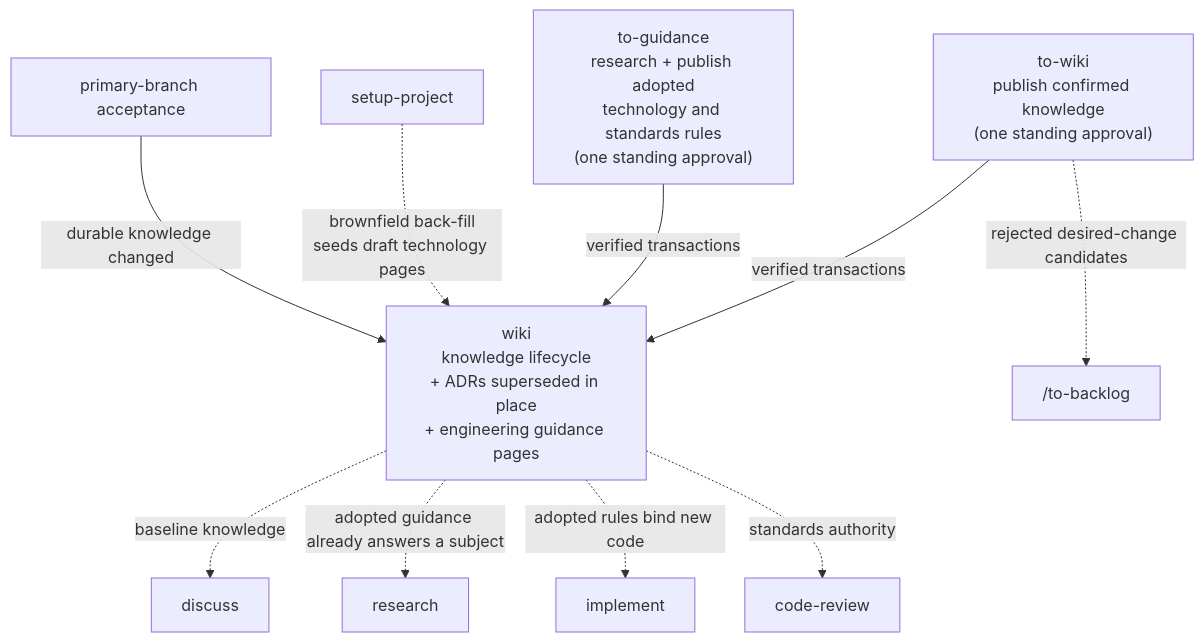
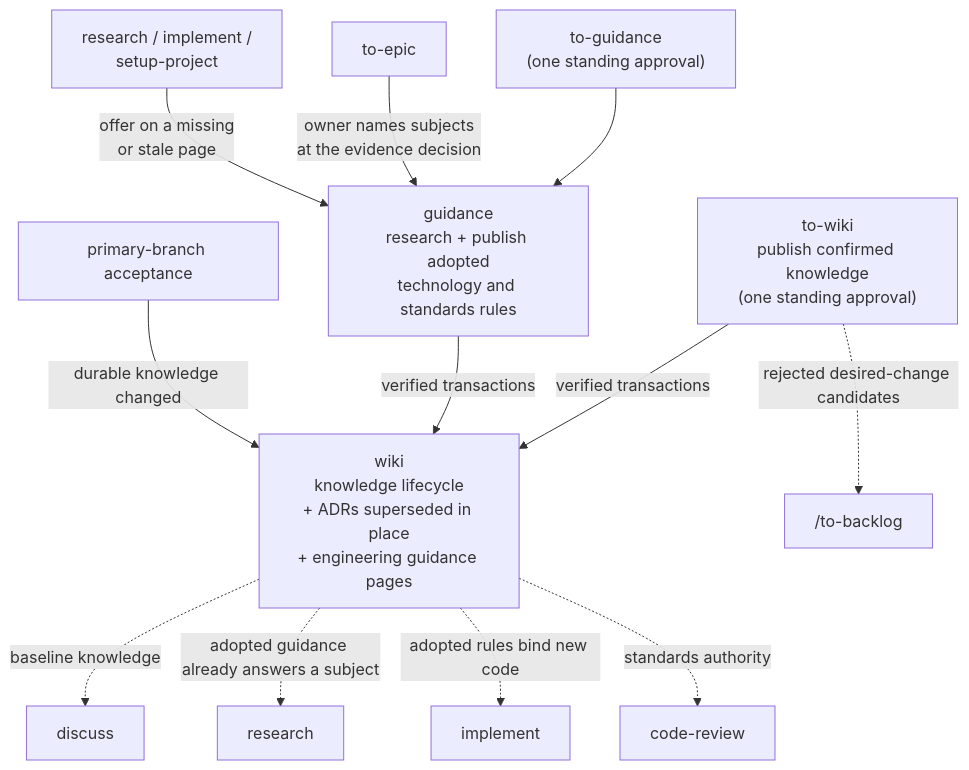
Before and after one commit to beeltec/skills: the fourth of 4 diagrams in README.md, drawn with Mermaid. The commit also changed other lines of this file and 7 other files, not shown here.

````diff
--- a/README.md
+++ b/README.md
@@ -76,13 +76,15 @@
 ```mermaid
 flowchart TD
     TW["to-wiki<br/>publish confirmed knowledge<br/>(one standing approval)"] -->|verified transactions| WK
-    TG["to-guidance<br/>research + publish adopted<br/>technology and standards rules<br/>(one standing approval)"] -->|verified transactions| WK
-    SP["setup-project"] -.->|brownfield back-fill<br/>seeds draft technology pages| WK
+    TG["to-guidance<br/>(one standing approval)"] --> GD
+    TE["to-epic"] -->|owner names subjects<br/>at the evidence decision| GD
+    RT2["research / implement /<br/>setup-project"] -->|offer on a missing<br/>or stale page| GD
+    GD["guidance<br/>research + publish adopted<br/>technology and standards rules"] -->|verified transactions| WK
     ACC["primary-branch acceptance"] -->|durable knowledge changed| WK
     WK["wiki<br/>knowledge lifecycle<br/>+ ADRs superseded in place<br/>+ engineering guidance pages"]
     TW -.->|rejected desired-change candidates| TB["/to-backlog"]
     WK -.->|baseline knowledge| D["discuss"]
     WK -.->|adopted guidance already answers a subject| RT["research"]
     WK -.->|adopted rules bind new code| IMP["implement"]
     WK -.->|standards authority| CR["code-review"]
 ```
````
